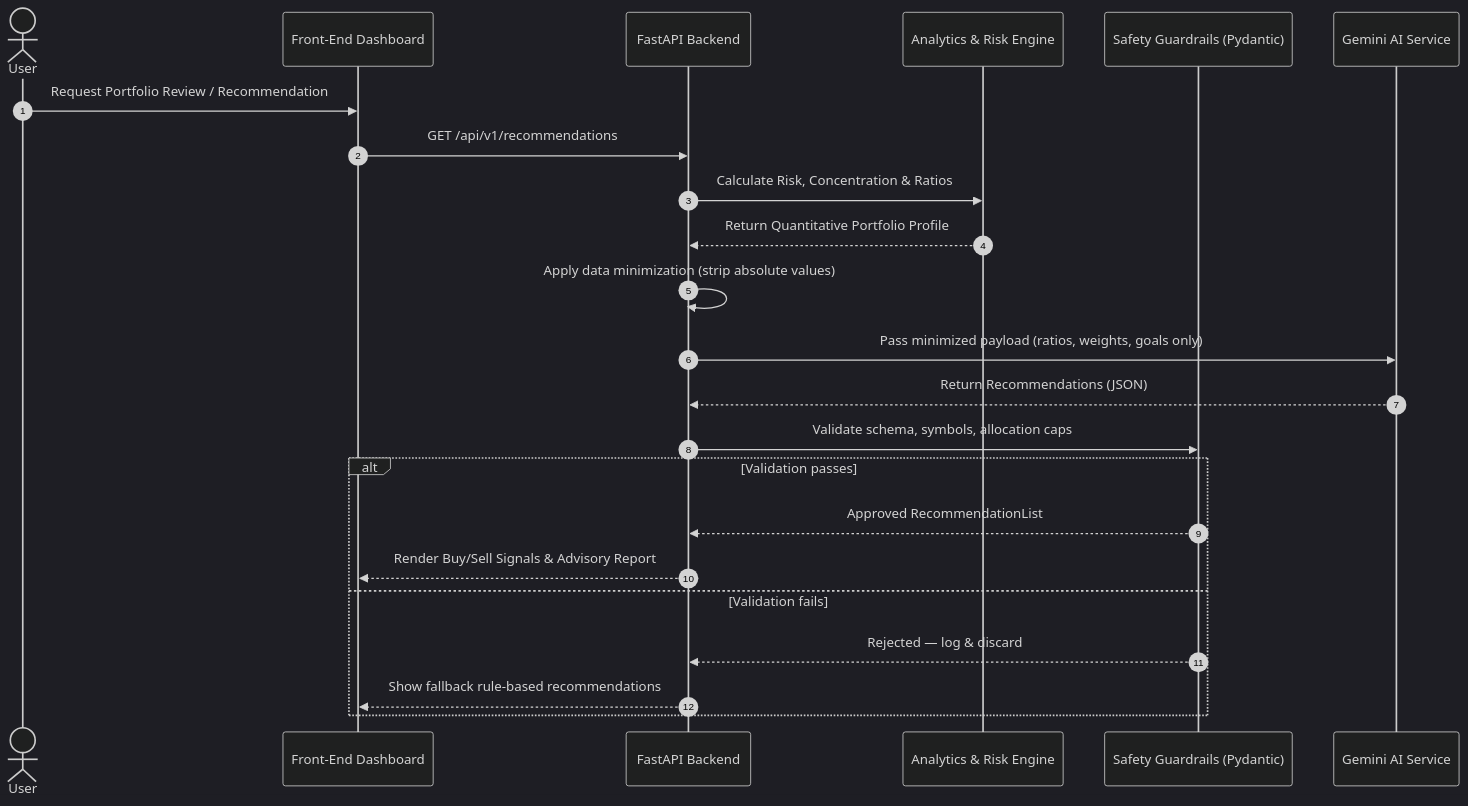
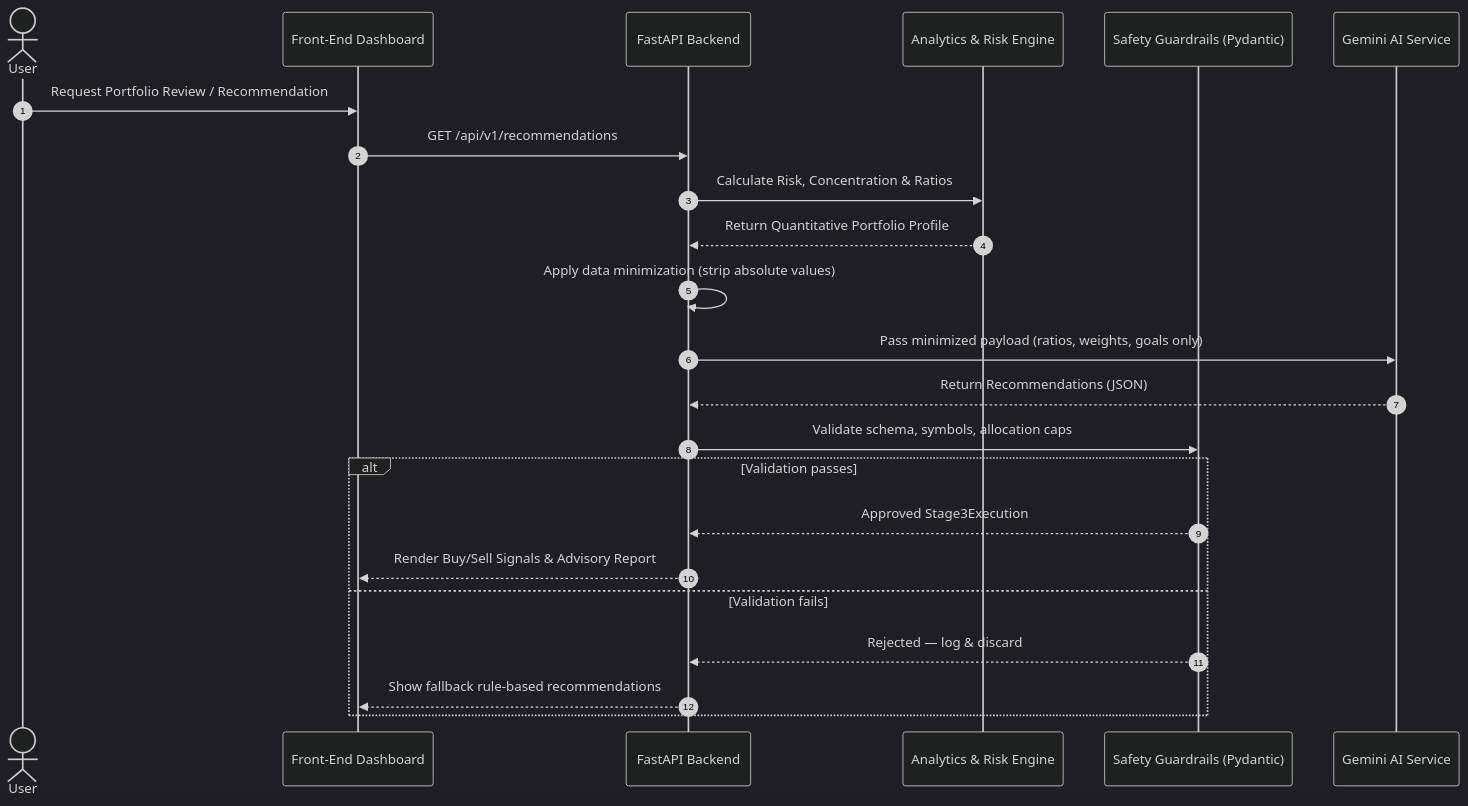
One commit to benoirajan/portfolio-assistant changed the third of 4 diagrams in docs/architecture/HLD.md. Above: the diagram before and after it, drawn with Mermaid (dark theme). The commit also changed other lines of this file and 43 other files, not shown here.

````diff
--- a/docs/architecture/HLD.md
+++ b/docs/architecture/HLD.md
@@ -174,26 +174,26 @@
 ```mermaid
 sequenceDiagram
     autonumber
     actor User
     participant UI as Front-End Dashboard
     participant Backend as FastAPI Backend
     participant Engine as Analytics & Risk Engine
     participant Guard as Safety Guardrails (Pydantic)
     participant LLM as Gemini AI Service
 
     User->>UI: Request Portfolio Review / Recommendation
     UI->>Backend: GET /api/v1/recommendations
     Backend->>Engine: Calculate Risk, Concentration & Ratios
     Engine-->>Backend: Return Quantitative Portfolio Profile
     Backend->>Backend: Apply data minimization (strip absolute values)
     Backend->>LLM: Pass minimized payload (ratios, weights, goals only)
     LLM-->>Backend: Return Recommendations (JSON)
     Backend->>Guard: Validate schema, symbols, allocation caps
     alt Validation passes
-        Guard-->>Backend: Approved RecommendationList
+        Guard-->>Backend: Approved Stage3Execution
         Backend-->>UI: Render Buy/Sell Signals & Advisory Report
     else Validation fails
         Guard-->>Backend: Rejected — log & discard
         Backend-->>UI: Show fallback rule-based recommendations
     end
 ```
````
